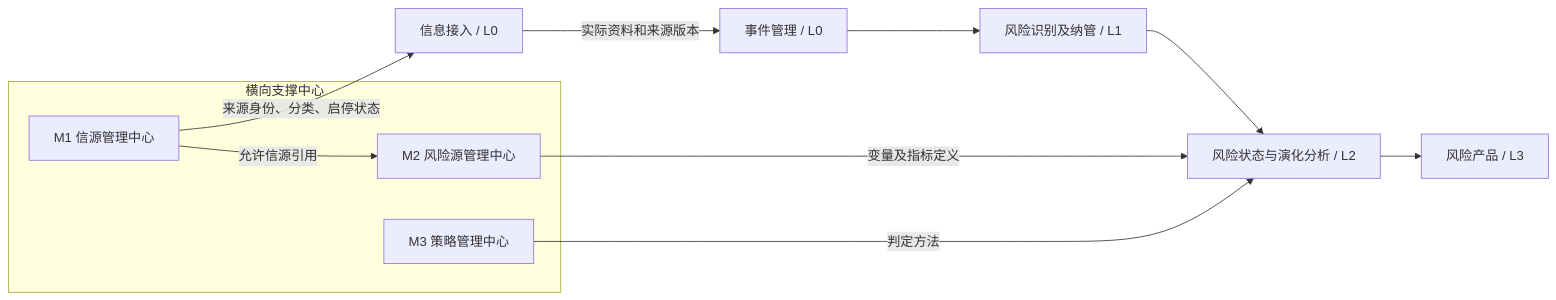
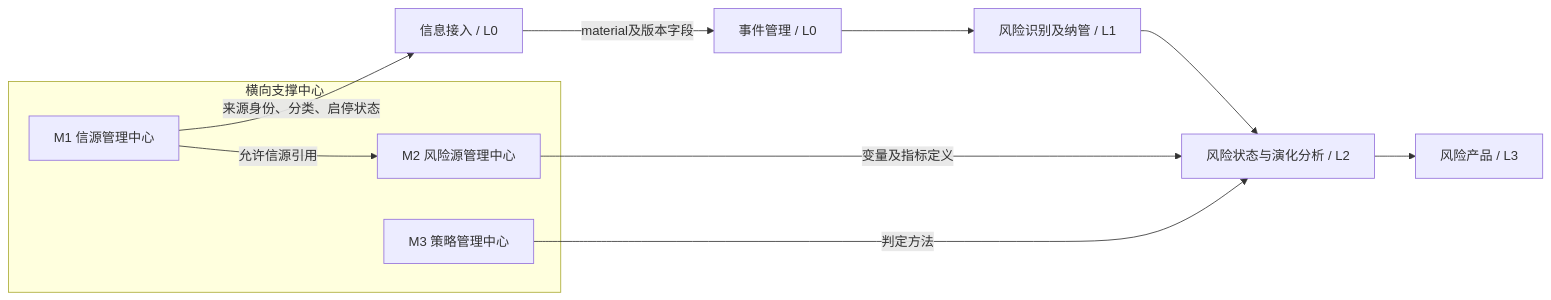
One commit to caojingwen1996/obsidian_kb changed the first of 5 diagrams in tools/RiskHot/docs/system-design/03-系统功能架构/M1 信源管理中心功能设计.md. Above: the diagram before and after it, drawn with Mermaid. The commit also changed other lines of this file and 517 other files, not shown here.

````diff
--- a/tools/RiskHot/docs/system-design/03-系统功能架构/M1 信源管理中心功能设计.md
+++ b/tools/RiskHot/docs/system-design/03-系统功能架构/M1 信源管理中心功能设计.md
@@ -30,16 +32,16 @@
 ```mermaid
 flowchart LR
     subgraph H[横向支撑中心]
         M1[M1 信源管理中心]
         M2[M2 风险源管理中心]
         M3[M3 策略管理中心]
     end
     M1 -->|来源身份、分类、启停状态| A[信息接入 / L0]
     M1 -->|允许信源引用| M2
-    A -->|实际资料和来源版本| B[事件管理 / L0]
+    A -->|material及版本字段| B[事件管理 / L0]
     B --> C[风险识别及纳管 / L1]
     C --> D[风险状态与演化分析 / L2]
     D --> E[风险产品 / L3]
     M2 -->|变量及指标定义| D
     M3 -->|判定方法| D
 ```
````
